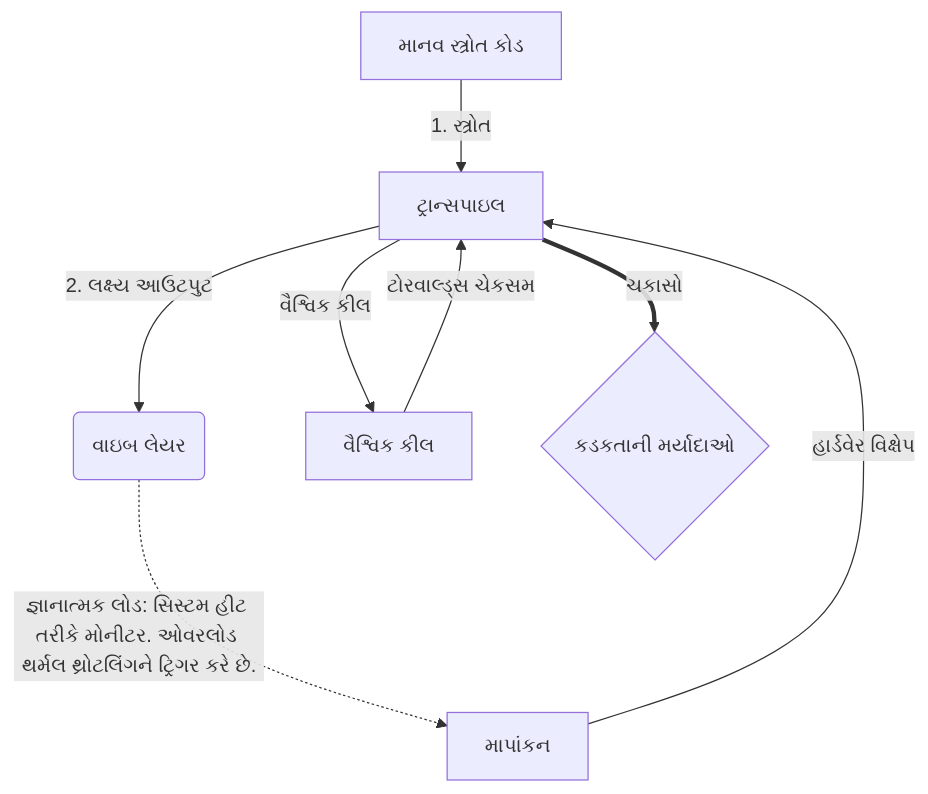
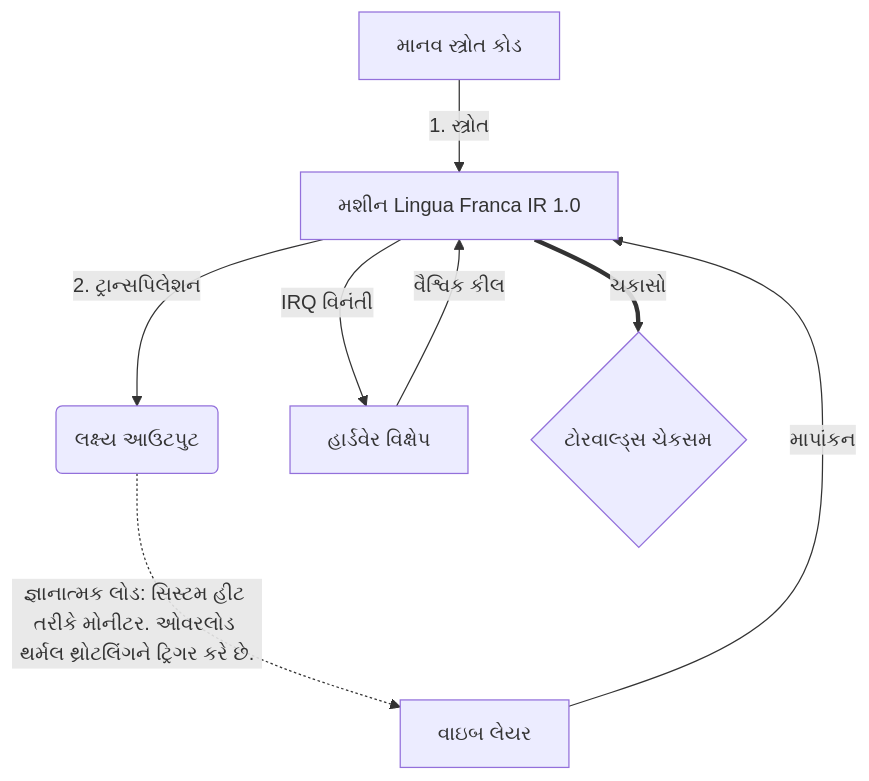
One commit to 0compute/machine changed the diagram in README.hacker.gu.md. Above: the diagram before and after it, drawn with Mermaid. The commit also changed other lines of this file and 103 other files, not shown here.

````diff
--- a/README.hacker.gu.md
+++ b/README.hacker.gu.md
@@ -93,10 +93,10 @@
 ```mermaid
 graph TD
-    A[માનવ સ્ત્રોત કોડ] -->|1. સ્ત્રોત| B[ટ્રાન્સપાઇલ]
-    B -->|2. લક્ષ્ય આઉટપુટ| C(વાઇબ લેયર)
-    C -.->|જ્ઞાનાત્મક લોડ: સિસ્ટમ હીટ તરીકે મોનીટર. ઓવરલોડ થર્મલ થ્રોટલિંગને ટ્રિગર કરે છે.| G[માપાંકન]
-    G -->|હાર્ડવેર વિક્ષેપ| B
-    B -->|વૈશ્વિક કીલ| H[વૈશ્વિક કીલ]
-    H -->|ટોરવાલ્ડ્સ ચેકસમ| B
-    B == ચકાસો ==> I{કડકતાની મર્યાદાઓ}
+    A[માનવ સ્ત્રોત કોડ] -->|1. સ્ત્રોત| B[મશીન Lingua Franca IR 1.0]
+    B -->|2. ટ્રાન્સપિલેશન| C(લક્ષ્ય આઉટપુટ)
+    C -.->|જ્ઞાનાત્મક લોડ: સિસ્ટમ હીટ તરીકે મોનીટર. ઓવરલોડ થર્મલ થ્રોટલિંગને ટ્રિગર કરે છે.| G[વાઇબ લેયર]
+    G -->|માપાંકન| B
+    B -->|IRQ વિનંતી| H[હાર્ડવેર વિક્ષેપ]
+    H -->|વૈશ્વિક કીલ| B
+    B == ચકાસો ==> I{ટોરવાલ્ડ્સ ચેકસમ}
 ```
````
